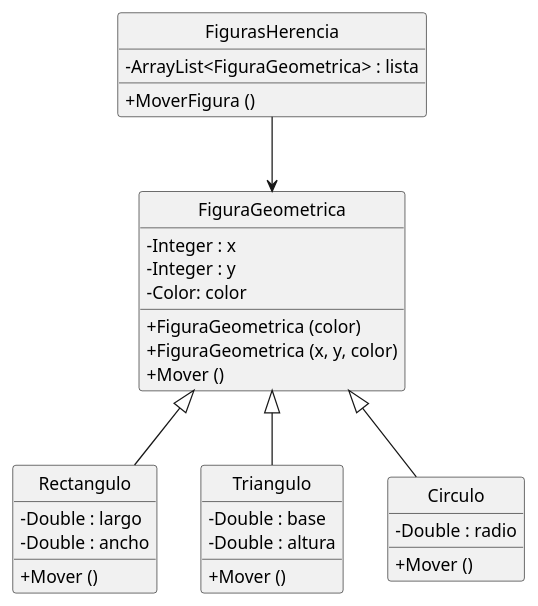
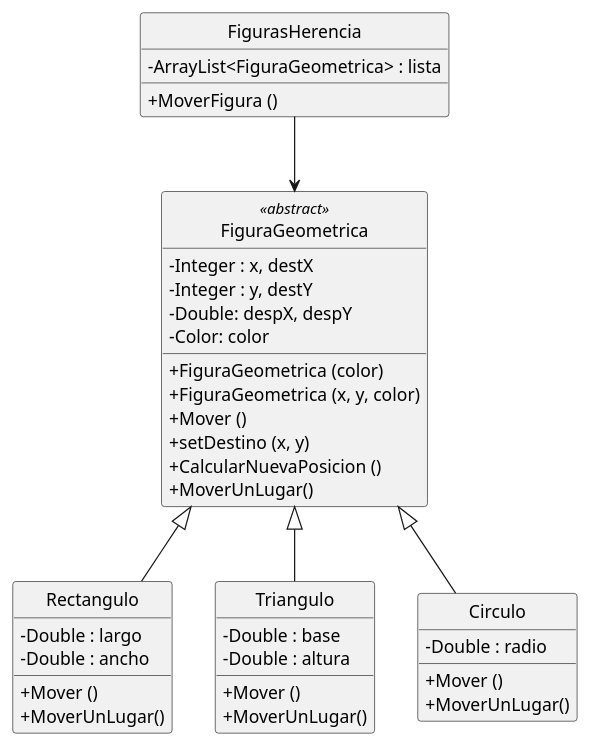
The diagram in Ejemplos2019/MoverFiguras/ProgramaFiguras.puml (meschoyez/111mil-2019), drawn with PlantUML before and after one commit. The commit also changed 2 other files, not shown here.

```diff
--- a/Ejemplos2019/MoverFiguras/ProgramaFiguras.puml
+++ b/Ejemplos2019/MoverFiguras/ProgramaFiguras.puml
@@ -1,43 +1,50 @@
 @startuml
 
 skinparam classAttributeIconSize 0
 hide circle
 
 class FigurasHerencia {
     - ArrayList<FiguraGeometrica> : lista
     + MoverFigura ()
 }
 
-class FiguraGeometrica {
-    - Integer : x
-    - Integer : y
+class FiguraGeometrica <<abstract>> {
+    - Integer : x, destX
+    - Integer : y, destY
+    - Double: despX, despY
     - Color: color
     + FiguraGeometrica (color)
     + FiguraGeometrica (x, y, color)
     + Mover ()
+    + setDestino (x, y)
+    + CalcularNuevaPosicion ()
+    + MoverUnLugar()
 }
 
 class Rectangulo {
     - Double : largo
     - Double : ancho
     + Mover ()
+    + MoverUnLugar()
 }
 
 class Triangulo {
     - Double : base
     - Double : altura
     + Mover ()
+    + MoverUnLugar()
 }
 
 class Circulo {
     - Double : radio
     + Mover ()
+    + MoverUnLugar()
 }
 
 FiguraGeometrica <|-- Rectangulo
 FiguraGeometrica <|-- Triangulo
 FiguraGeometrica <|-- Circulo
 
 FigurasHerencia --> FiguraGeometrica
 
 @enduml
```
